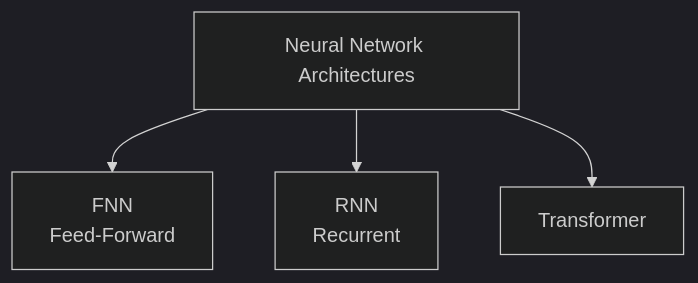
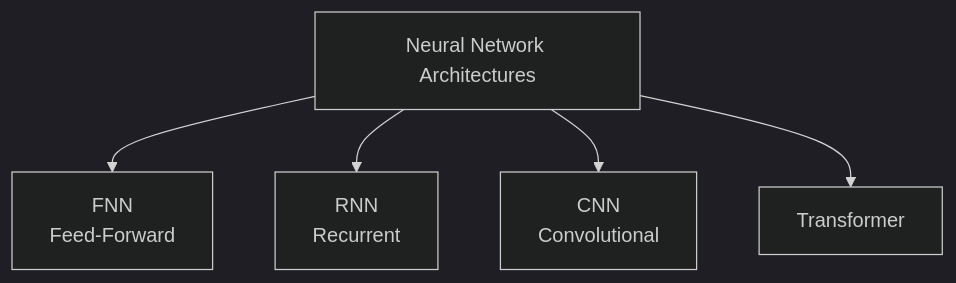
Before and after one commit to shaktikadam1630/AI-For-Backend-Developers: the seventh of 15 diagrams in AI Fundamentals.md, drawn with Mermaid (dark theme). The commit also changed other lines of this file, not shown here.

````diff
--- a/AI Fundamentals.md
+++ b/AI Fundamentals.md
@@ -255,6 +255,7 @@
 ```mermaid
 flowchart TD
     A[Neural Network Architectures] --> B["FNN<br/>Feed-Forward"]
     A --> C["RNN<br/>Recurrent"]
-    A --> D["Transformer"]
+    A --> D["CNN<br/>Convolutional"]
+    A --> E["Transformer"]
 ```
````
